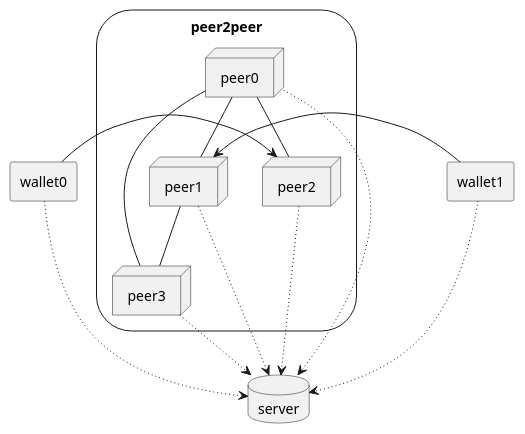
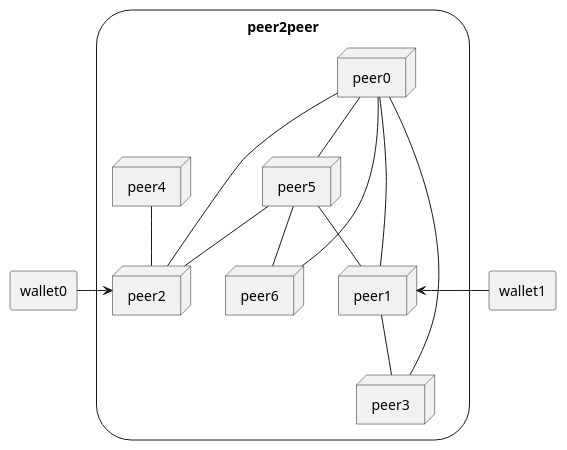
The diagram in doc/diagram/arch.puml (vFones/p2p_btc), drawn with PlantUML before and after one commit. The commit also changed 14 other files, not shown here.

Commit message:
Creation of documentation and diagrams.

```diff
--- a/doc/diagram/arch.puml
+++ b/doc/diagram/arch.puml
@@ -1,28 +1,28 @@
 @startuml
 agent wallet0
 agent wallet1
 
 storage peer2peer{
   node peer0
   node peer1
   node peer2
   node peer3
+  node peer4
+  node peer5
+  node peer6
 }
-database server
 
 peer0 -- peer2
 peer1 -- peer3
 peer3 -- peer0
 peer0 -- peer1
-
+peer4 -- peer2
+peer5 -- peer1
+peer5 -- peer6
+peer6 -- peer0
+peer5 -- peer2
+peer0 -- peer5
 wallet0 -> peer2
 wallet1 -> peer1
-wallet0 ~~> server
-wallet1 ~~> server
-
-peer0 ~~> server
-peer1 ~~> server
-peer2 ~~> server
-peer3 ~~> server
 
 @enduml
```
